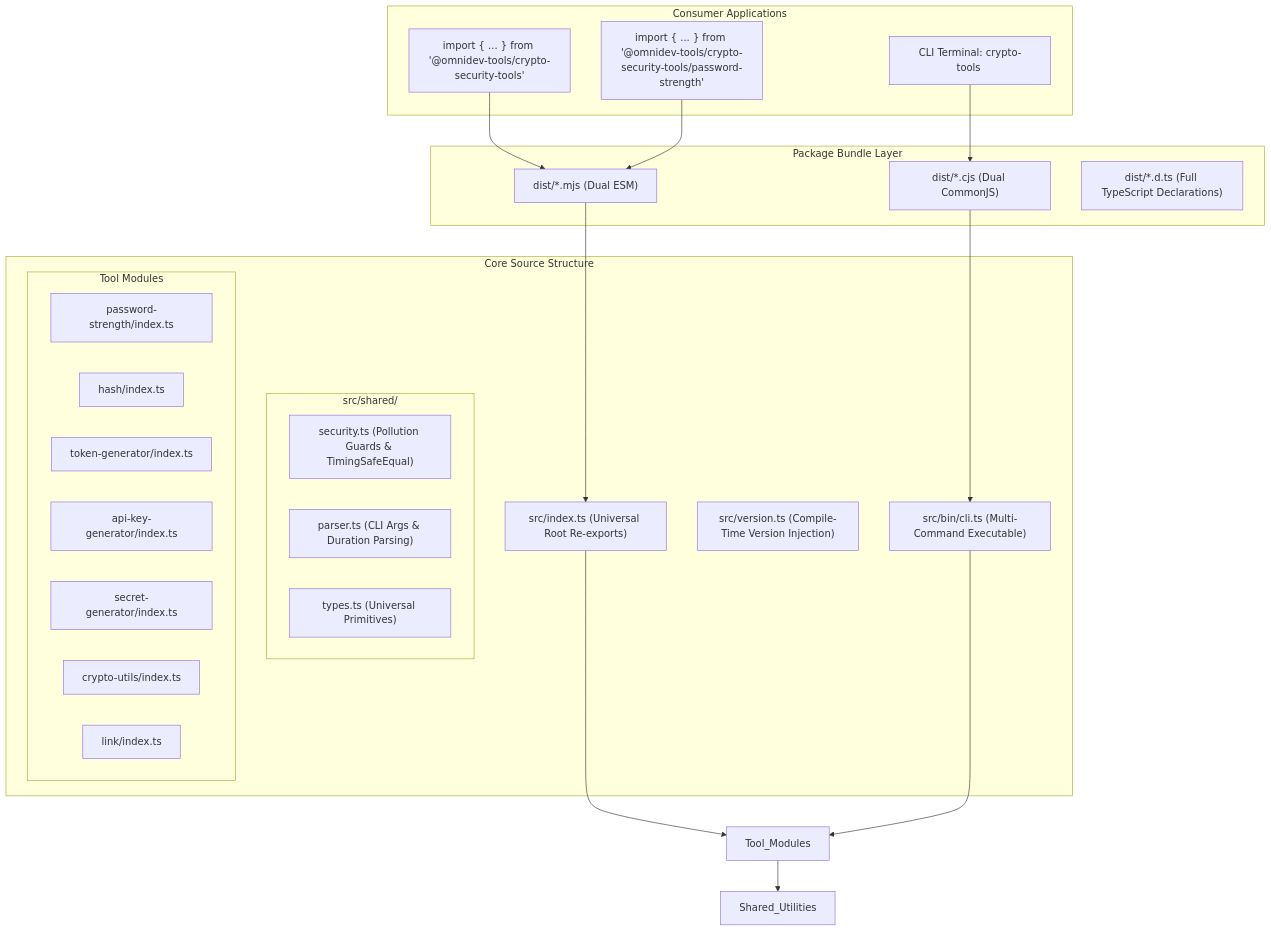
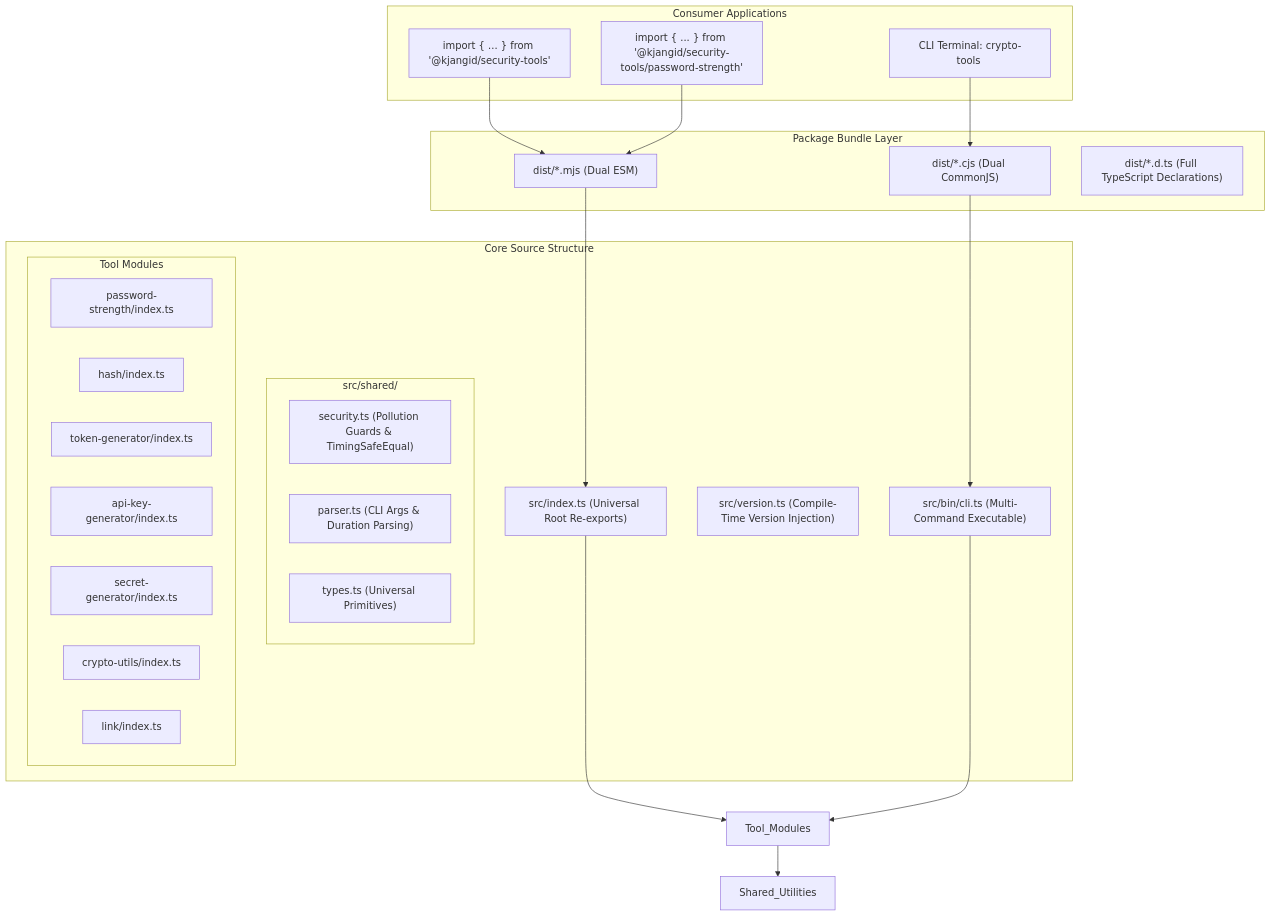
Before and after one commit to kajangid/SecurityAndCryptoHelperTools: the diagram in docs/ARCHITECTURE.md, drawn with Mermaid. The commit also changed other lines of this file and 13 other files, not shown here.

Commit message:
feat: rename package to @kjangid/security-tools and configure CI/CD with npm OIDC trusted publishing

````diff
--- a/docs/ARCHITECTURE.md
+++ b/docs/ARCHITECTURE.md
@@ -12,45 +12,45 @@
 ```mermaid
 flowchart TD
     subgraph Consumer Applications
-        APP_ROOT["import { ... } from '@omnidev-tools/crypto-security-tools'"]
-        APP_SUB["import { ... } from '@omnidev-tools/crypto-security-tools/password-strength'"]
+        APP_ROOT["import { ... } from '@kjangid/security-tools'"]
+        APP_SUB["import { ... } from '@kjangid/security-tools/password-strength'"]
         CLI_EXEC["CLI Terminal: crypto-tools <command>"]
     end
 
     subgraph Package Bundle Layer
         DIST_ESM["dist/*.mjs (Dual ESM)"]
         DIST_CJS["dist/*.cjs (Dual CommonJS)"]
         DIST_DTS["dist/*.d.ts (Full TypeScript Declarations)"]
     end
 
     subgraph Core Source Structure
         SRC_INDEX["src/index.ts (Universal Root Re-exports)"]
         SRC_VER["src/version.ts (Compile-Time Version Injection)"]
         SRC_BIN["src/bin/cli.ts (Multi-Command Executable)"]
 
         subgraph Shared Utilities ["src/shared/"]
             SEC["security.ts (Pollution Guards & TimingSafeEqual)"]
             PARSER["parser.ts (CLI Args & Duration Parsing)"]
             TYPES["types.ts (Universal Primitives)"]
         end
 
         subgraph Tool Modules
             TOOL_PW["password-strength/index.ts"]
             TOOL_HASH["hash/index.ts"]
             TOOL_TOK["token-generator/index.ts"]
             TOOL_API["api-key-generator/index.ts"]
             TOOL_SEC["secret-generator/index.ts"]
             TOOL_CRYP["crypto-utils/index.ts"]
             TOOL_LINK["link/index.ts"]
         end
     end
 
     APP_ROOT --> DIST_ESM
     APP_SUB --> DIST_ESM
     CLI_EXEC --> DIST_CJS
     DIST_ESM --> SRC_INDEX
     DIST_CJS --> SRC_BIN
     SRC_INDEX --> Tool_Modules
     SRC_BIN --> Tool_Modules
     Tool_Modules --> Shared_Utilities
 ```
````
